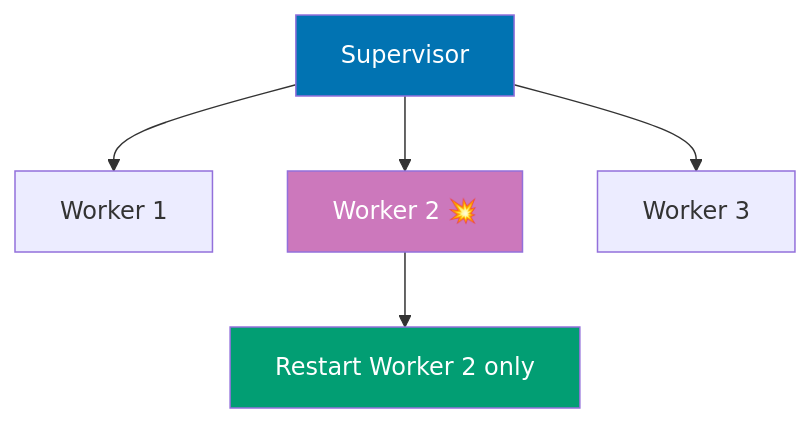
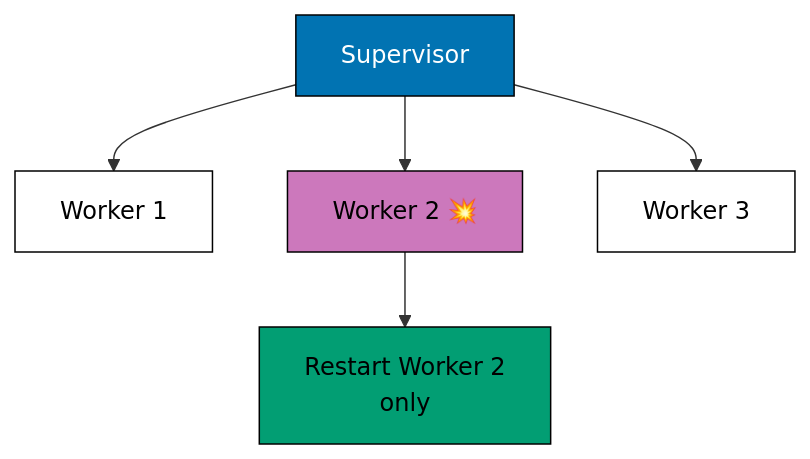
Before and after one commit to wahidyankf/ose-public: the sixth of 24 diagrams in apps/ayokoding-www/content/en/learn/legacy/software-engineering/programming-languages/elixir/by-example/advanced.md, drawn with Mermaid. The commit also changed other lines of this file and 112 other files, not shown here.

First line of the commit message:
fix(mermaid): bring the legacy programming-languages diagrams onto the accessible palette

````diff
--- a/apps/ayokoding-www/content/en/learn/legacy/software-engineering/programming-languages/elixir/by-example/advanced.md
+++ b/apps/ayokoding-www/content/en/learn/legacy/software-engineering/programming-languages/elixir/by-example/advanced.md
@@ -1273,11 +1311,17 @@
 ```mermaid
 graph TD
+    accTitle: Example 67: Restart Strategies
+    accDescr: Graph with 5 nodes and 4 connections. Nodes: Supervisor, Worker 1, Worker 2 💥, Worker 3, Restart Worker 2 only. Connections: Supervisor to Worker 1, Supervisor to Worker 2 💥, Supervisor to Worker 3, Worker 2 💥 to Restart Worker 2 only.
     S1["Supervisor"] --> W1["Worker 1"]
     S1 --> W2["Worker 2 💥"]
     S1 --> W3["Worker 3"]
-    W2 --> R1["Restart Worker 2 only"]
+    W2 --> R1["Restart Worker 2<br/>only"]
 
-    style S1 fill:#0173B2,color:#fff
-    style W2 fill:#CC78BC,color:#fff
-    style R1 fill:#029E73,color:#fff
+    classDef pal-0173B2 fill:#0173B2,stroke:#000000,color:#FFFFFF
+    class S1 pal-0173B2
+    classDef pal-CC78BC fill:#CC78BC,stroke:#000000,color:#000000
+    class W2 pal-CC78BC
+    classDef pal-029E73 fill:#029E73,stroke:#000000,color:#000000
+    class R1 pal-029E73
+    classDef default fill:#FFFFFF,stroke:#000000,color:#000000
 ```
````
